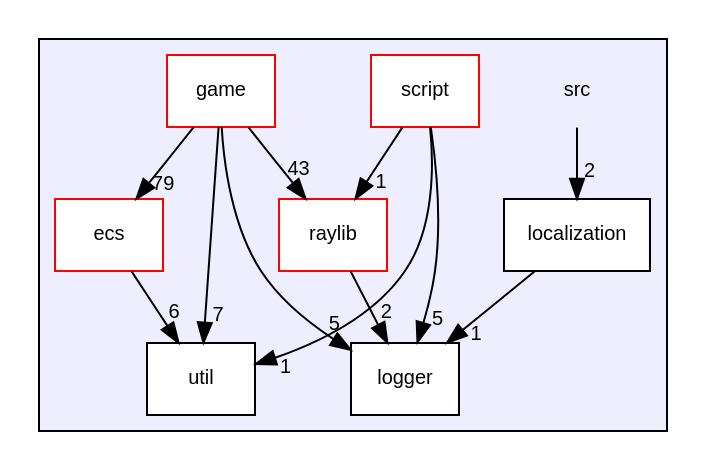
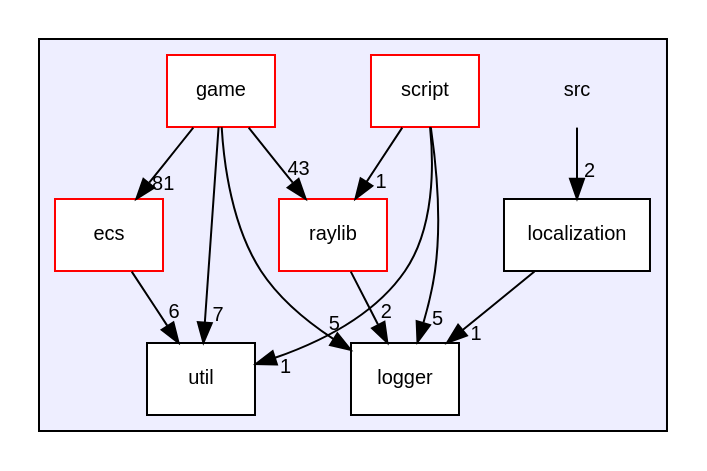
One commit to MisterPeModder/Bomberman-Global-Offensive changed the diagram in dir_68267d1309a1af8e8297ef4c3efbcdba_dep.dot. Above: the diagram before and after it, drawn with Graphviz. The commit also changed 23 other files, not shown here.

```diff
--- a/dir_68267d1309a1af8e8297ef4c3efbcdba_dep.dot
+++ b/dir_68267d1309a1af8e8297ef4c3efbcdba_dep.dot
@@ -1,27 +1,27 @@
 digraph "src" {
   compound=true
   node [ fontsize="10", fontname="Helvetica"];
   edge [ labelfontsize="10", labelfontname="Helvetica"];
   subgraph clusterdir_68267d1309a1af8e8297ef4c3efbcdba {
     graph [ bgcolor="#eeeeff", pencolor="black", label="" URL="dir_68267d1309a1af8e8297ef4c3efbcdba.html"];
     dir_68267d1309a1af8e8297ef4c3efbcdba [shape=plaintext label="src"];
     dir_ddca5f149c4ce13074f28b270e950ba9 [shape=box label="ecs" color="red" fillcolor="white" style="filled" URL="dir_ddca5f149c4ce13074f28b270e950ba9.html"];
     dir_1699be727a800b1d059c6f7f2b91d2ee [shape=box label="game" color="red" fillcolor="white" style="filled" URL="dir_1699be727a800b1d059c6f7f2b91d2ee.html"];
     dir_502e2e551a70cf7978464aef90fcfcf1 [shape=box label="localization" color="black" fillcolor="white" style="filled" URL="dir_502e2e551a70cf7978464aef90fcfcf1.html"];
     dir_ffde1fbcaa8d6b0d34e29c3bddf7a801 [shape=box label="logger" color="black" fillcolor="white" style="filled" URL="dir_ffde1fbcaa8d6b0d34e29c3bddf7a801.html"];
     dir_d4cc5f0b3cfddd1b0952a9e00053f649 [shape=box label="raylib" color="red" fillcolor="white" style="filled" URL="dir_d4cc5f0b3cfddd1b0952a9e00053f649.html"];
     dir_fe414d616bd0c4668e6515f48824338f [shape=box label="script" color="red" fillcolor="white" style="filled" URL="dir_fe414d616bd0c4668e6515f48824338f.html"];
     dir_b7878ad5ecbf2506f4125b9d34c97e45 [shape=box label="util" color="black" fillcolor="white" style="filled" URL="dir_b7878ad5ecbf2506f4125b9d34c97e45.html"];
   }
   dir_68267d1309a1af8e8297ef4c3efbcdba->dir_502e2e551a70cf7978464aef90fcfcf1 [headlabel="2", labeldistance=1.5 headhref="dir_000000_000022.html"];
   dir_fe414d616bd0c4668e6515f48824338f->dir_b7878ad5ecbf2506f4125b9d34c97e45 [headlabel="1", labeldistance=1.5 headhref="dir_000024_000026.html"];
   dir_fe414d616bd0c4668e6515f48824338f->dir_ffde1fbcaa8d6b0d34e29c3bddf7a801 [headlabel="5", labeldistance=1.5 headhref="dir_000024_000023.html"];
   dir_fe414d616bd0c4668e6515f48824338f->dir_d4cc5f0b3cfddd1b0952a9e00053f649 [headlabel="1", labeldistance=1.5 headhref="dir_000024_000010.html"];
   dir_ddca5f149c4ce13074f28b270e950ba9->dir_b7878ad5ecbf2506f4125b9d34c97e45 [headlabel="6", labeldistance=1.5 headhref="dir_000001_000026.html"];
   dir_d4cc5f0b3cfddd1b0952a9e00053f649->dir_ffde1fbcaa8d6b0d34e29c3bddf7a801 [headlabel="2", labeldistance=1.5 headhref="dir_000010_000023.html"];
   dir_502e2e551a70cf7978464aef90fcfcf1->dir_ffde1fbcaa8d6b0d34e29c3bddf7a801 [headlabel="1", labeldistance=1.5 headhref="dir_000022_000023.html"];
   dir_1699be727a800b1d059c6f7f2b91d2ee->dir_b7878ad5ecbf2506f4125b9d34c97e45 [headlabel="7", labeldistance=1.5 headhref="dir_000007_000026.html"];
   dir_1699be727a800b1d059c6f7f2b91d2ee->dir_ffde1fbcaa8d6b0d34e29c3bddf7a801 [headlabel="5", labeldistance=1.5 headhref="dir_000007_000023.html"];
-  dir_1699be727a800b1d059c6f7f2b91d2ee->dir_ddca5f149c4ce13074f28b270e950ba9 [headlabel="79", labeldistance=1.5 headhref="dir_000007_000001.html"];
+  dir_1699be727a800b1d059c6f7f2b91d2ee->dir_ddca5f149c4ce13074f28b270e950ba9 [headlabel="81", labeldistance=1.5 headhref="dir_000007_000001.html"];
   dir_1699be727a800b1d059c6f7f2b91d2ee->dir_d4cc5f0b3cfddd1b0952a9e00053f649 [headlabel="43", labeldistance=1.5 headhref="dir_000007_000010.html"];
 }
```
